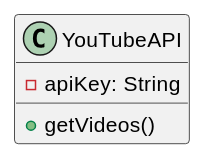
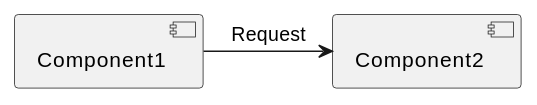
One commit to Dmitze/AutoTube-Lab changed the third of 4 diagrams in docs/ARCHITECTURE_DIAGRAMS_VISUALS.md. Above: the diagram before and after it, drawn with PlantUML. The commit also changed other lines of this file, not shown here.

Commit message:
Updated the docs/ARCHITECTURE_DIAGRAMS_VISUALS.md with expanded Ukrainian-language content.

````diff
--- a/docs/ARCHITECTURE_DIAGRAMS_VISUALS.md
+++ b/docs/ARCHITECTURE_DIAGRAMS_VISUALS.md
@@ -66,8 +60,8 @@
 ```plantuml
 @startuml
-class YouTubeAPI {
-  - apiKey: String
-  + getVideos()
-}
+component Component1
+component Component2
+
+Component1 -> Component2: Request
 @enduml
 ```
````
